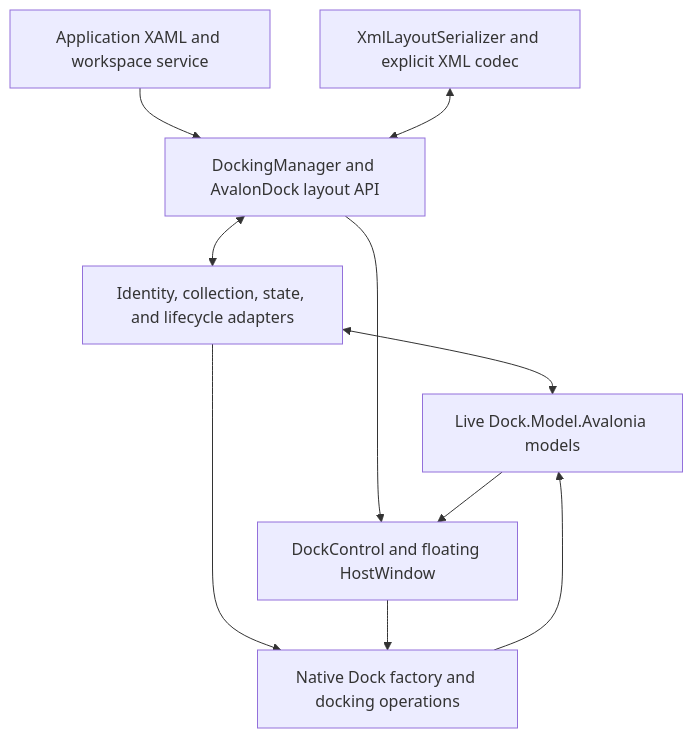
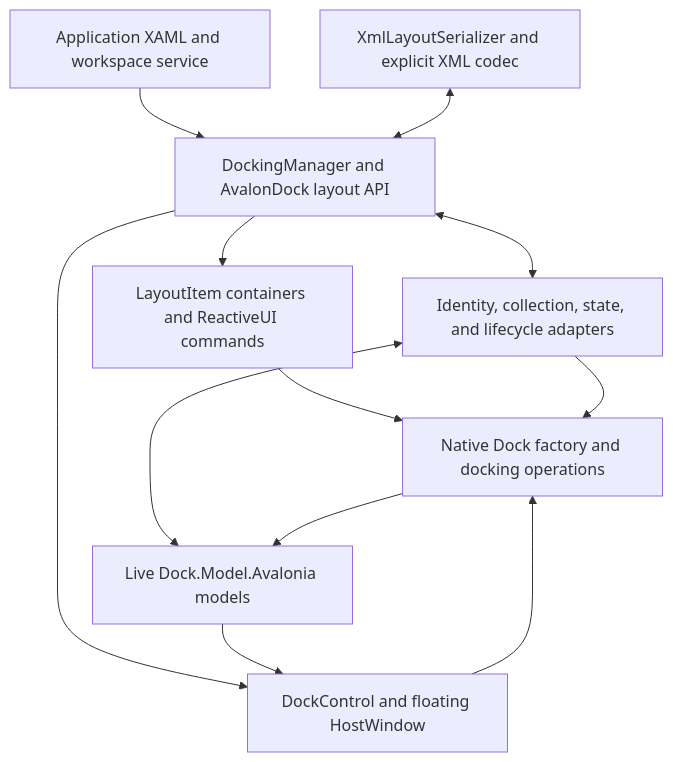
Before and after one commit to wieslawsoltes/Dock: the diagram in src/Dock.Avalonia.AvalonDock/AVALONDOCK.md, drawn with Mermaid. The commit also changed other lines of this file and 18 other files, not shown here.

Commit message:
Add AvalonDock item containers and native docking commands

````diff
--- a/src/Dock.Avalonia.AvalonDock/AVALONDOCK.md
+++ b/src/Dock.Avalonia.AvalonDock/AVALONDOCK.md
@@ -98,19 +119,22 @@
 ```mermaid
 flowchart TB
     App["Application XAML and workspace service"]
     Api["DockingManager and AvalonDock layout API"]
+    Items["LayoutItem containers and ReactiveUI commands"]
     Bridge["Identity, collection, state, and lifecycle adapters"]
     Models["Live Dock.Model.Avalonia models"]
     Factory["Native Dock factory and docking operations"]
     View["DockControl and floating HostWindow"]
     Xml["XmlLayoutSerializer and explicit XML codec"]
     App --> Api
+    Api --> Items
+    Items --> Factory
     Api <--> Bridge
     Bridge <--> Models
     Bridge --> Factory
     Factory --> Models
     Api --> View
     Models --> View
     View --> Factory
     Xml <--> Api
 ```
````
